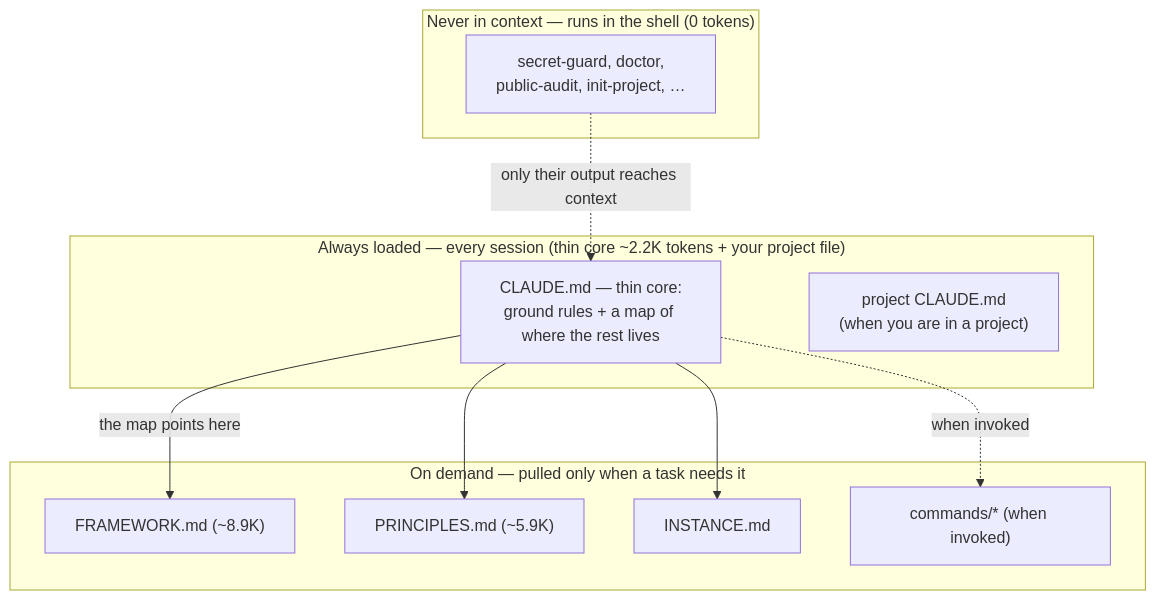
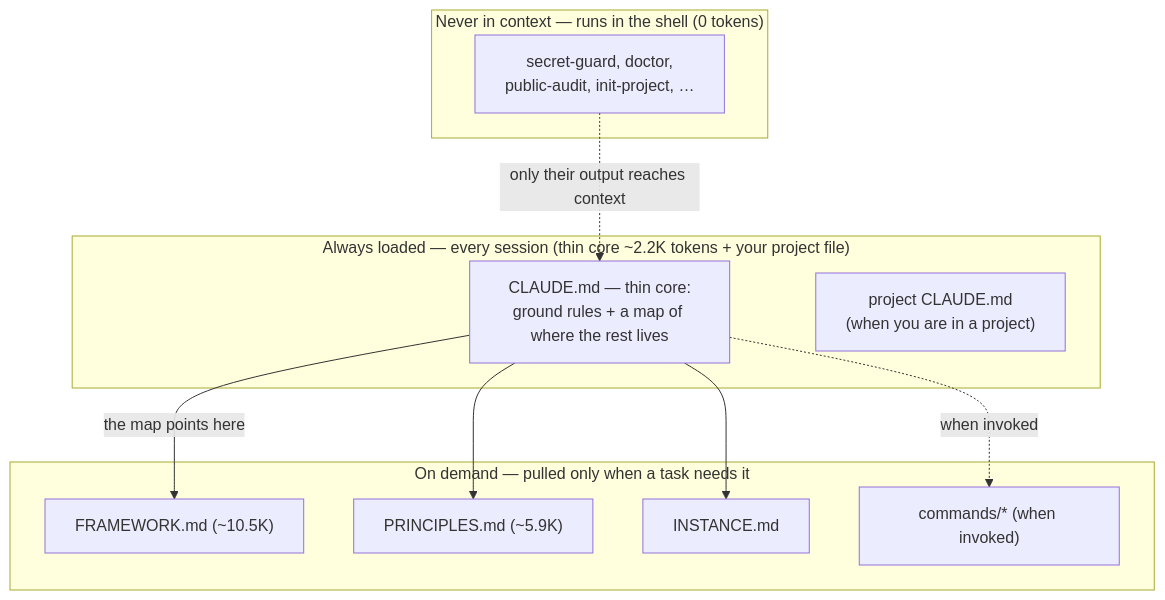
One commit to rockerlabs/keel changed the diagram in README.md. Above: the diagram before and after it, drawn with Mermaid. The commit also changed 2 other files, not shown here.

Commit message:
framework: add stop-reviewing signals and contract-first design section
dir #126 adds the two measured signals for ending a review round (new
surface touched, class exhaustion) instead of the trend heuristic. dir
#128 adds contract-first design for invariant-bearing surfaces plus the
sync-comment smell, mechanical-floor, no-contract-no-ship, and
rationale-in-source rules. Both are prose additions to FRAMEWORK.md's
on-demand methodology, not rails changes.

Updates the FRAMEWORK.md token-count figures in README.md and
docs/loading-and-cost.md to match the new size.

````diff
--- a/README.md
+++ b/README.md
@@ -121,21 +121,21 @@
 ```mermaid
 flowchart TD
     subgraph always["Always loaded — every session (thin core ~2.2K tokens + your project file)"]
         core["CLAUDE.md — thin core:<br/>ground rules + a map of where the rest lives"]
         proj["project CLAUDE.md<br/>(when you are in a project)"]
     end
     subgraph demand["On demand — pulled only when a task needs it"]
-        fw["FRAMEWORK.md (~8.9K)"]
+        fw["FRAMEWORK.md (~10.5K)"]
         prin["PRINCIPLES.md (~5.9K)"]
         inst["INSTANCE.md"]
         cmd["commands/* (when invoked)"]
     end
     subgraph never["Never in context — runs in the shell (0 tokens)"]
         tools["secret-guard, doctor,<br/>public-audit, init-project, …"]
     end
     core -->|the map points here| fw
     core --> prin
     core --> inst
     core -.->|when invoked| cmd
     tools -.->|only their output reaches context| core
 ```
````
